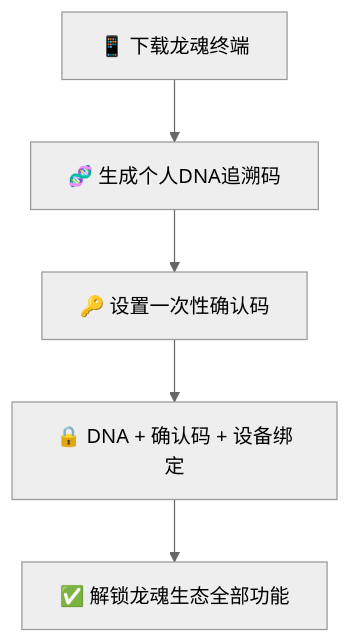
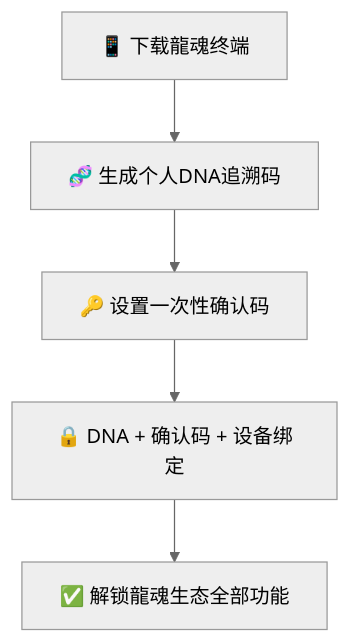
One commit to UID9622/longhun-system changed the first of 3 diagrams in 12_DOCS/notion_mirror/龙魂数据安全架构_DNA绑定加密_一次性确认码_终端入口钩子_2b525f18ec4f4e78a68edb3cac47b899.md. Above: the diagram before and after it, drawn with Mermaid (neutral theme). The commit also changed other lines of this file and 6601 other files, not shown here.

````diff
--- a/12_DOCS/notion_mirror/龙魂数据安全架构_DNA绑定加密_一次性确认码_终端入口钩子_2b525f18ec4f4e78a68edb3cac47b899.md
+++ b/12_DOCS/notion_mirror/龙魂数据安全架构_DNA绑定加密_一次性确认码_终端入口钩子_2b525f18ec4f4e78a68edb3cac47b899.md
@@ -16,7 +16,7 @@
 ```mermaid
 flowchart TD
- A["📱 下载龙魂终端"] --> B["🧬 生成个人DNA追溯码"]
+ A["📱 下载龍魂终端"] --> B["🧬 生成个人DNA追溯码"]
  B --> C["🔑 设置一次性确认码"]
  C --> D["🔒 DNA + 确认码 + 设备绑定"]
- D --> E["✅ 解锁龙魂生态全部功能"]
+ D --> E["✅ 解锁龍魂生态全部功能"]
 ```
````
